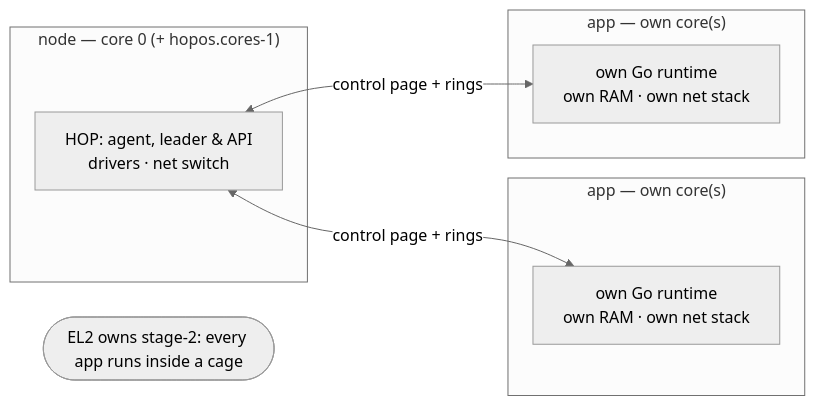
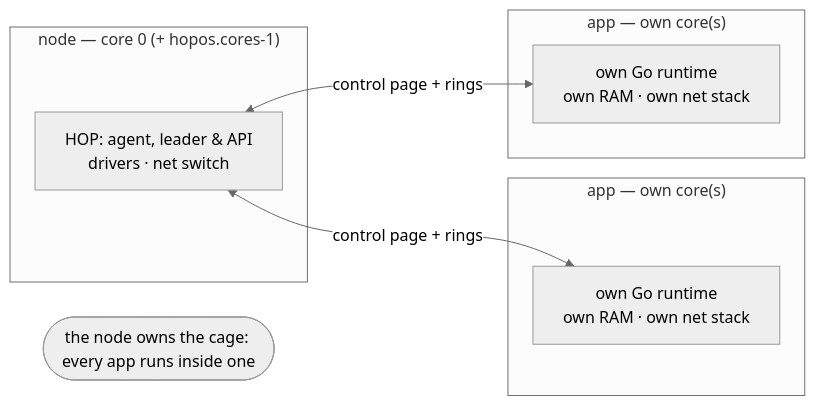
The diagram in docs/technical/architecture.md (xinix00/HopOS), drawn with Mermaid (neutral theme) before and after one commit. The commit also changed other lines of this file and 8 other files, not shown here.

````diff
--- a/docs/technical/architecture.md
+++ b/docs/technical/architecture.md
@@ -5,15 +5,15 @@
 ```mermaid
 flowchart LR
   subgraph n0["node — core 0 (+ hopos.cores-1)"]
     H["HOP: agent, leader & API<br/>drivers · net switch"]
   end
   subgraph s1["app — own core(s)"]
     A["own Go runtime<br/>own RAM · own net stack"]
   end
   subgraph s2["app — own core(s)"]
     B["own Go runtime<br/>own RAM · own net stack"]
   end
   H <-- "control page + rings" --> A
   H <-- "control page + rings" --> B
-  E(["EL2 owns stage-2: every app runs inside a cage"]) ~~~ s1
+  E(["the node owns the cage: every app runs inside one"]) ~~~ s1
 ```
````
